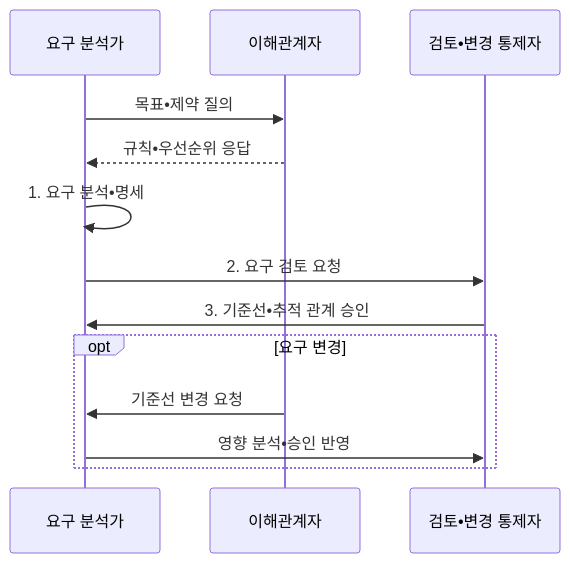
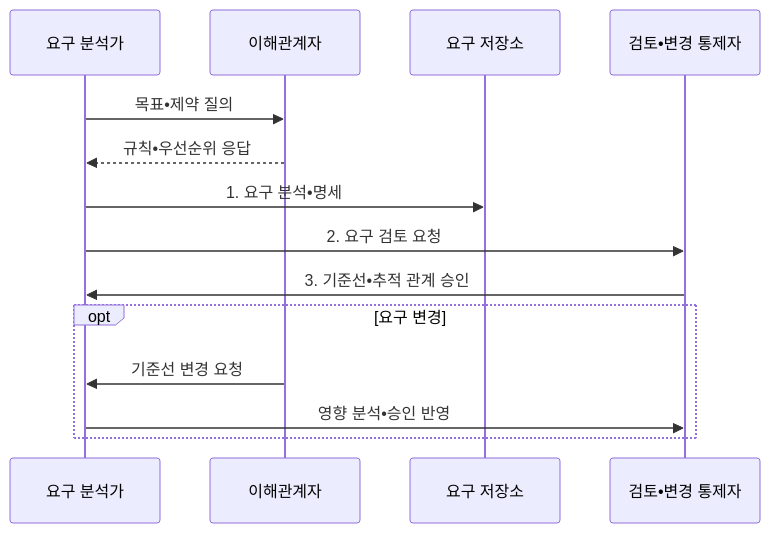
The second of 2 diagrams in src/content/docs/notes/03-software/036_requirements_analysis.md (agnusdei1207/knowledge-base), drawn with Mermaid before and after one commit. The commit also changed other lines of this file and 9 other files, not shown here.

````diff
--- a/src/content/docs/notes/03-software/036_requirements_analysis.md
+++ b/src/content/docs/notes/03-software/036_requirements_analysis.md
@@ -105,15 +105,16 @@
 ```mermaid
 sequenceDiagram
     participant A as 요구 분석가
     participant S as 이해관계자
+    participant R as 요구 저장소
     participant C as 검토•변경 통제자
     A->>S: 목표•제약 질의
     S-->>A: 규칙•우선순위 응답
-    A->>A: 1. 요구 분석•명세
+    A->>R: 1. 요구 분석•명세
     A->>C: 2. 요구 검토 요청
     C->>A: 3. 기준선•추적 관계 승인
     opt 요구 변경
         S->>A: 기준선 변경 요청
         A->>C: 영향 분석•승인 반영
     end
 ```
````
